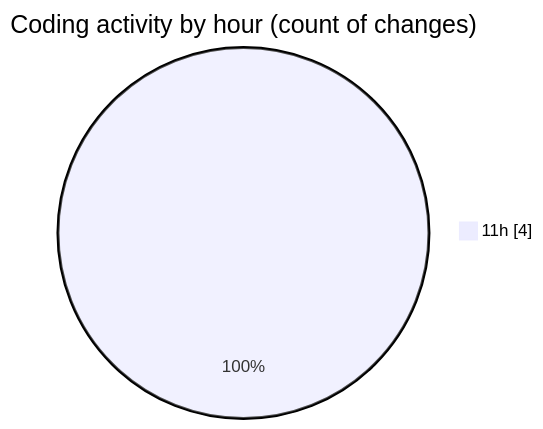
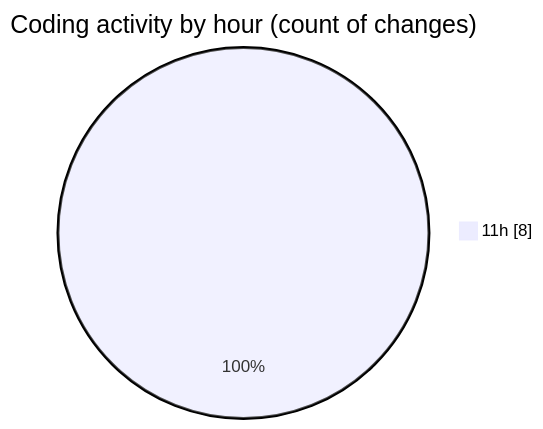
The second of 2 diagrams in 2025-02-05/cda/README.md (momahboobian/code-tracking), drawn with Mermaid before and after one commit. The commit also changed other lines of this file and 1 other file, not shown here.

````diff
--- a/2025-02-05/cda/README.md
+++ b/2025-02-05/cda/README.md
@@ -30,5 +31,5 @@
 ```mermaid
 pie showData
 title Coding activity by hour (count of changes)
-"11h" : 4
+"11h" : 8
 ```
````
